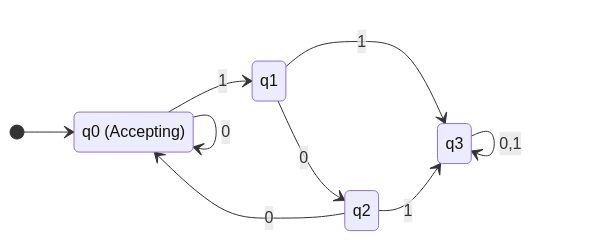
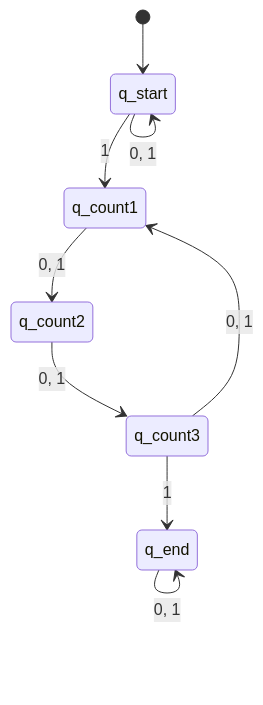
One commit to vikas-movva/Obsidian changed diagram 11 of 12 in School/CP414 Foundations of Computing/Assignments/Assignment 1.md. Above: the diagram before and after it, drawn with Mermaid. The commit also changed other lines of this file and 1 other file, not shown here.

````diff
--- a/School/CP414 Foundations of Computing/Assignments/Assignment 1.md
+++ b/School/CP414 Foundations of Computing/Assignments/Assignment 1.md
@@ -88,13 +287,12 @@
 ```mermaid
 stateDiagram-v2
-    direction LR
-    [*] --> q0
-    q0 --> q0: 0
-    q0 --> q1: 1
-    q1 --> q2: 0
-    q1 --> q3: 1
-    q2 --> q0: 0
-    q2 --> q3: 1
-    q3 --> q3: 0,1
-    q0: q0 (Accepting)
+    [*] --> q_start
+    q_start --> q_start: 0, 1
+    q_start --> q_count1: 1
+    q_count1 --> q_count2: 0, 1
+    q_count2 --> q_count3: 0, 1
+    q_count3 --> q_end: 1
+    q_count3 --> q_count1: 0, 1
+    state q_end <<accept>>
+    q_end --> q_end: 0, 1
 ```
````
